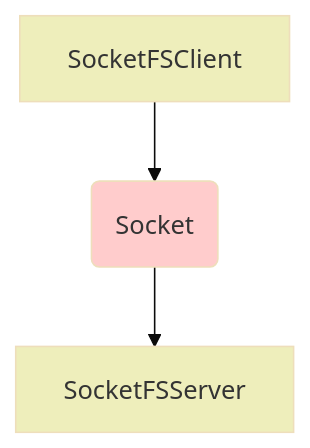
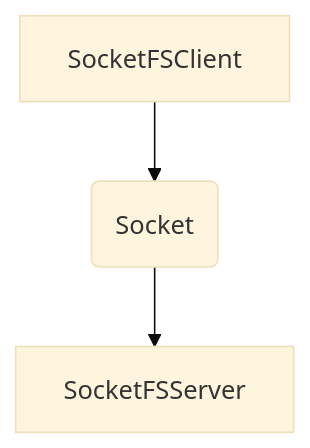
Before and after one commit to element0/socketfs: the diagram in README.md, drawn with Mermaid (base theme). The commit also changed other lines of this file, not shown here.

Commit message:
Remove mermaid style classes from README.md

````diff
--- a/README.md
+++ b/README.md
@@ -16,11 +5,8 @@
 ```mermaid
   graph TD
     client[SocketFSClient]:::pyfs
     socket( Socket ):::sock
     server[SocketFSServer]:::pyfs
 
     client --> socket --> server
-
-    classDef pyfs fill:#eeb
-    classDef sock fill:#fcc
 ```
````
